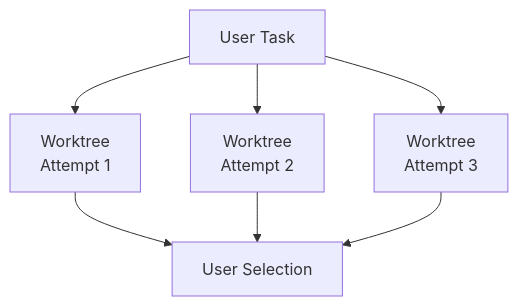
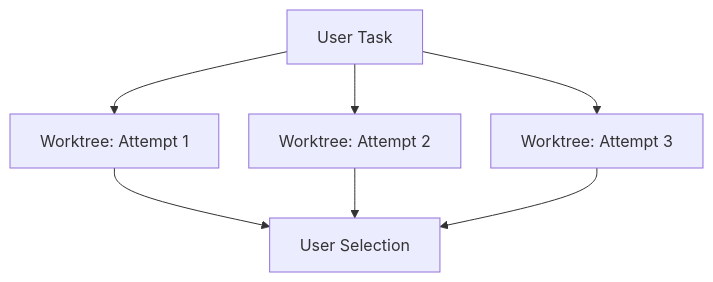
Before and after one commit to DavideDaniel/research: the third of 4 diagrams in docs/papers/agentic-tools/tool-analysis.md, drawn with Mermaid. The commit also changed other lines of this file, not shown here.

First line of the commit message:
Fix Mermaid diagram text cutoff issues

````diff
--- a/docs/papers/agentic-tools/tool-analysis.md
+++ b/docs/papers/agentic-tools/tool-analysis.md
@@ -330,10 +334,11 @@
 ```mermaid
+%%{init: {'flowchart': {'nodeSpacing': 30, 'rankSpacing': 50}}}%%
 flowchart TD
     A["User Task"]
-    A --> B["Worktree<br/>Attempt 1"]
-    A --> C["Worktree<br/>Attempt 2"]
-    A --> D["Worktree<br/>Attempt 3"]
+    A --> B["Worktree: Attempt 1"]
+    A --> C["Worktree: Attempt 2"]
+    A --> D["Worktree: Attempt 3"]
     B --> E["User Selection"]
     C --> E
     D --> E
 ```
````
